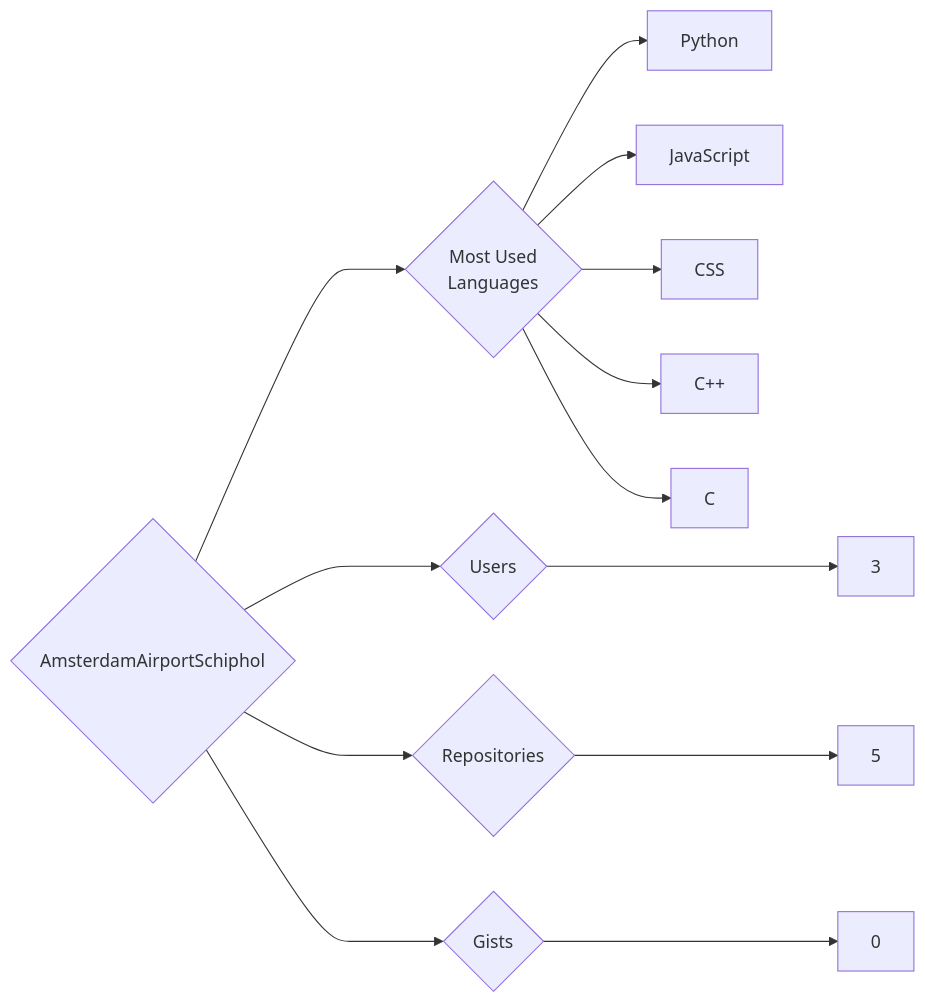
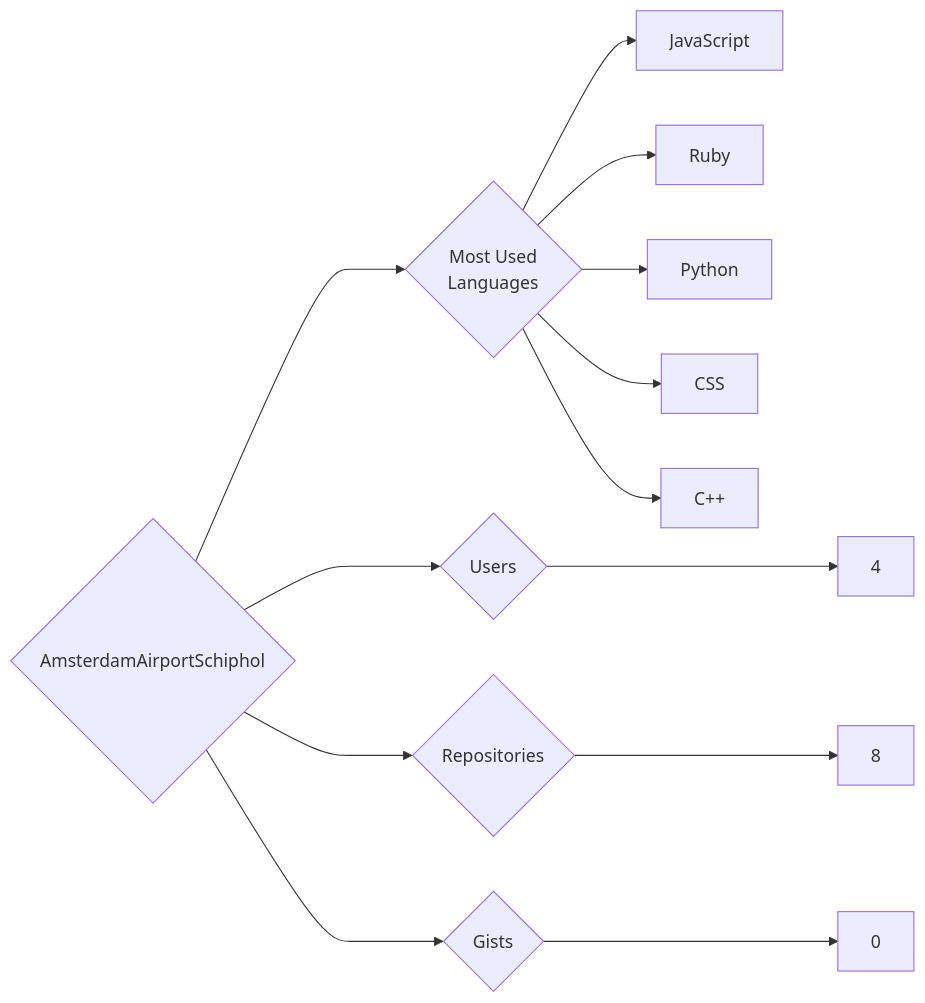
One commit to trickest/insiders changed the diagram in targets/AmsterdamAirportSchiphol/README.md. Above: the diagram before and after it, drawn with Mermaid. The commit also changed 1238 other files, not shown here.

````diff
--- a/targets/AmsterdamAirportSchiphol/README.md
+++ b/targets/AmsterdamAirportSchiphol/README.md
@@ -3,13 +3,13 @@
 ```mermaid
 graph LR
 COMPANY_NAME{AmsterdamAirportSchiphol}
-COMPANY_NAME ---> U{Users} ---> UN[3]
-COMPANY_NAME ---> R{Repositories} ---> RN[5]
+COMPANY_NAME ---> U{Users} ---> UN[4]
+COMPANY_NAME ---> R{Repositories} ---> RN[8]
 COMPANY_NAME ---> G{Gists} ---> GN[0]
 COMPANY_NAME ---> ML{Most Used<br>Languages}
+ML --> JavaScript[JavaScript]
+ML --> Ruby[Ruby]
 ML --> Python[Python]
-ML --> JavaScript[JavaScript]
 ML --> CSS[CSS]
 ML --> C++[C++]
-ML --> C[C]
 ```
````
